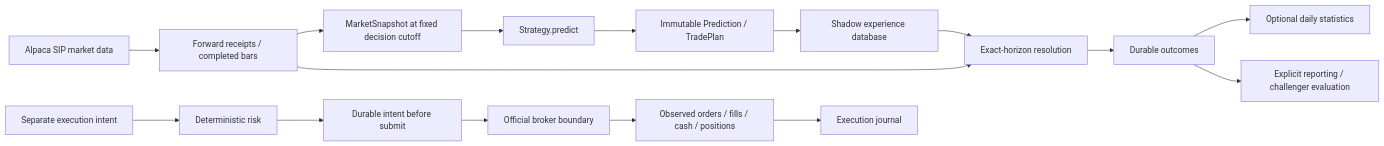
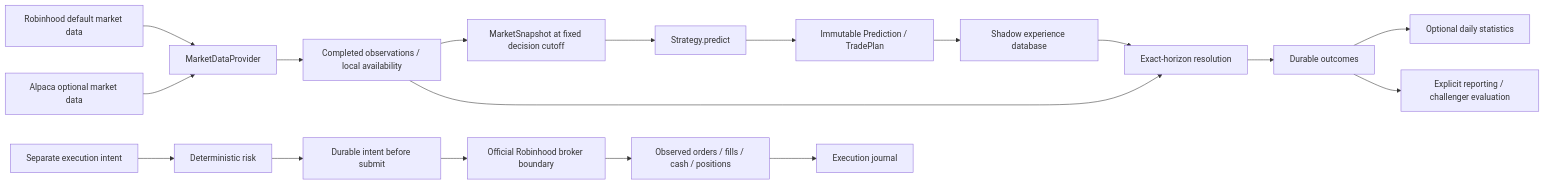
The diagram in docs/architecture.md (danielye0010/TradeAgent), drawn with Mermaid before and after one commit. The commit also changed other lines of this file and 18 other files, not shown here.

Commit message:
Default to Robinhood market data with optional Alpaca

````diff
--- a/docs/architecture.md
+++ b/docs/architecture.md
@@ -6,18 +9,20 @@
 ```mermaid
 flowchart LR
-    Data[Alpaca SIP market data] --> Cache[Forward receipts / completed bars]
+    RH[Robinhood default market data] --> Provider[MarketDataProvider]
+    AP[Alpaca optional market data] --> Provider
+    Provider --> Cache[Completed observations / local availability]
     Cache --> Snapshot[MarketSnapshot at fixed decision cutoff]
     Snapshot --> Strategy[Strategy.predict]
     Strategy --> Prediction[Immutable Prediction / TradePlan]
     Prediction --> Store[Shadow experience database]
     Cache --> Resolve[Exact-horizon resolution]
     Store --> Resolve
     Resolve --> Outcomes[Durable outcomes]
     Outcomes --> Learning[Optional daily statistics]
     Outcomes --> Research[Explicit reporting / challenger evaluation]
     Intent[Separate execution intent] --> Risk[Deterministic risk]
     Risk --> Execution[Durable intent before submit]
-    Execution --> Broker[Official broker boundary]
+    Execution --> Broker[Official Robinhood broker boundary]
     Broker --> Reconcile[Observed orders / fills / cash / positions]
     Reconcile --> Journal[Execution journal]
 ```
````
